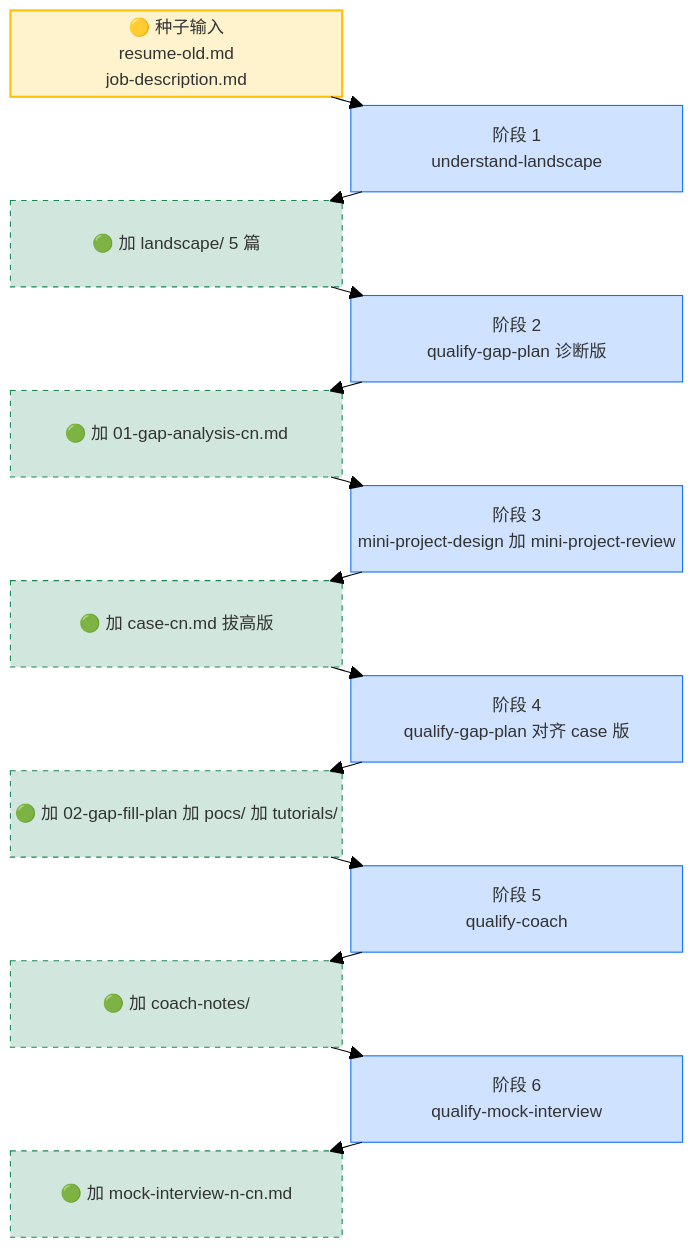
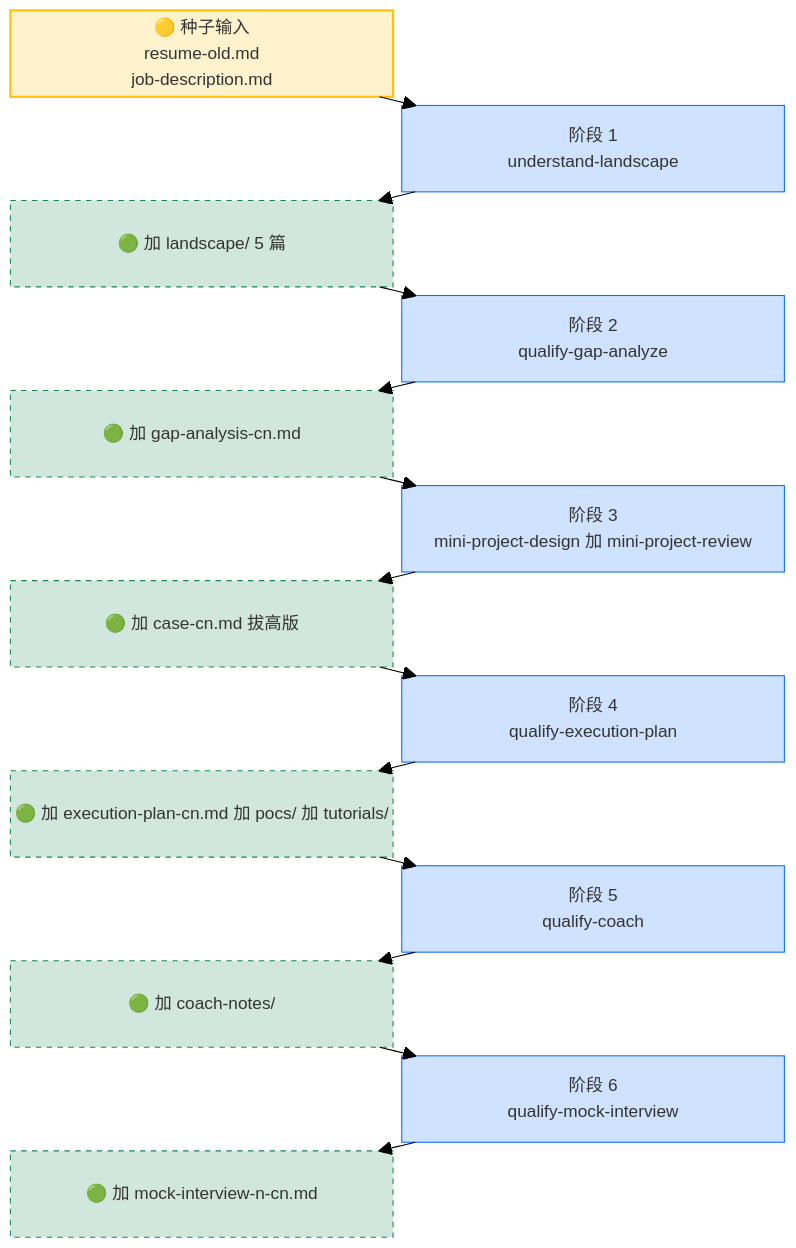
Before and after one commit to YingqiangYuan/Resume_Matrix: the first of 2 diagrams in examples/07-elevate-existing-project/README-cn.md, drawn with Mermaid (forest theme). The commit also changed other lines of this file and 16 other files, not shown here.

````diff
--- a/examples/07-elevate-existing-project/README-cn.md
+++ b/examples/07-elevate-existing-project/README-cn.md
@@ -48,44 +48,44 @@
 ```mermaid
 block-beta
 columns 2
  IN["🟡 种子输入<br/>resume-old.md<br/>job-description.md"] space
  space S1["阶段 1<br/>understand-landscape"]
  L1["🟢 加 landscape/ 5 篇"] space
- space S2["阶段 2<br/>qualify-gap-plan 诊断版"]
- L2["🟢 加 01-gap-analysis-cn.md"] space
+ space S2["阶段 2<br/>qualify-gap-analyze"]
+ L2["🟢 加 gap-analysis-cn.md"] space
  space S3["阶段 3<br/>mini-project-design 加 mini-project-review"]
  L3["🟢 加 case-cn.md 拔高版"] space
- space S4["阶段 4<br/>qualify-gap-plan 对齐 case 版"]
- L4["🟢 加 02-gap-fill-plan 加 pocs/ 加 tutorials/"] space
+ space S4["阶段 4<br/>qualify-execution-plan"]
+ L4["🟢 加 execution-plan-cn.md 加 pocs/ 加 tutorials/"] space
  space S5["阶段 5<br/>qualify-coach"]
  L5["🟢 加 coach-notes/"] space
  space S6["阶段 6<br/>qualify-mock-interview"]
  L6["🟢 加 mock-interview-n-cn.md"] space
 
  IN --> S1
  S1 --> L1
  L1 --> S2
  S2 --> L2
  L2 --> S3
  S3 --> L3
  L3 --> S4
  S4 --> L4
  L4 --> S5
  S5 --> L5
  L5 --> S6
  S6 --> L6
 
  style IN fill:#fff3cd,stroke:#ffc107,stroke-width:2px
  style L1 fill:#d1e7dd,stroke:#198754,stroke-dasharray: 5 5
  style L2 fill:#d1e7dd,stroke:#198754,stroke-dasharray: 5 5
  style L3 fill:#d1e7dd,stroke:#198754,stroke-dasharray: 5 5
  style L4 fill:#d1e7dd,stroke:#198754,stroke-dasharray: 5 5
  style L5 fill:#d1e7dd,stroke:#198754,stroke-dasharray: 5 5
  style L6 fill:#d1e7dd,stroke:#198754,stroke-dasharray: 5 5
  style S1 fill:#cfe2ff,stroke:#0d6efd
  style S2 fill:#cfe2ff,stroke:#0d6efd
  style S3 fill:#cfe2ff,stroke:#0d6efd
  style S4 fill:#cfe2ff,stroke:#0d6efd
  style S5 fill:#cfe2ff,stroke:#0d6efd
  style S6 fill:#cfe2ff,stroke:#0d6efd
 ```
````
